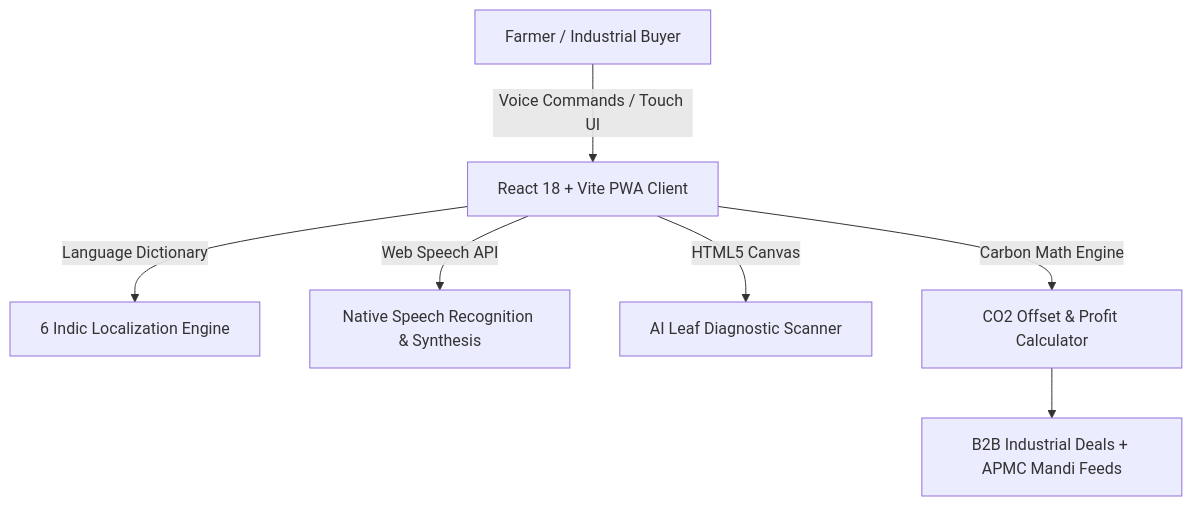
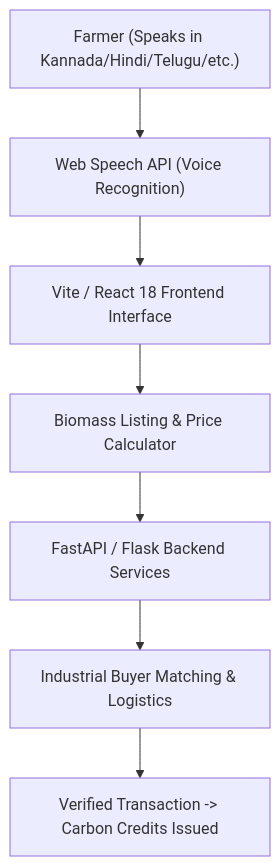
One commit to prakruthidevanga/Agri-Bridge changed the diagram in README.md. Above: the diagram before and after it, drawn with Mermaid. The commit also changed other lines of this file, not shown here.

Commit message:
docs: modernize README with capsule waving banner, table of contents, and regional voice architecture

````diff
--- a/README.md
+++ b/README.md
@@ -53,9 +88,9 @@
 ```mermaid
-graph TD
-    A[Farmer / Industrial Buyer] -->|Voice Commands / Touch UI| B[React 18 + Vite PWA Client]
-    B -->|Language Dictionary| C[6 Indic Localization Engine]
-    B -->|Web Speech API| D[Native Speech Recognition & Synthesis]
-    B -->|HTML5 Canvas| E[AI Leaf Diagnostic Scanner]
-    B -->|Carbon Math Engine| F[CO2 Offset & Profit Calculator]
-    F --> G[B2B Industrial Deals + APMC Mandi Feeds]
+flowchart TD
+    A["Farmer (Speaks in Kannada/Hindi/Telugu/etc.)"] --> B["Web Speech API (Voice Recognition)"]
+    B --> C["Vite / React 18 Frontend Interface"]
+    C --> D["Biomass Listing & Price Calculator"]
+    D --> E["FastAPI / Flask Backend Services"]
+    E --> F["Industrial Buyer Matching & Logistics"]
+    F --> G["Verified Transaction -> Carbon Credits Issued"]
 ```
````
